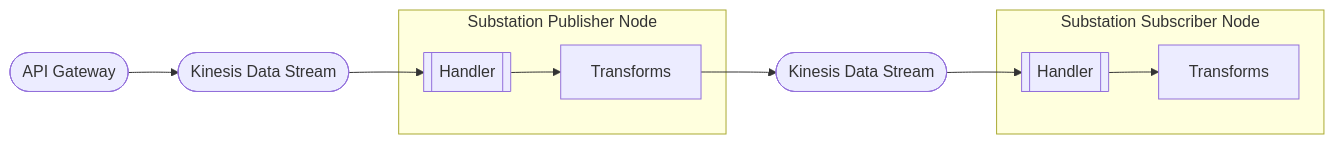
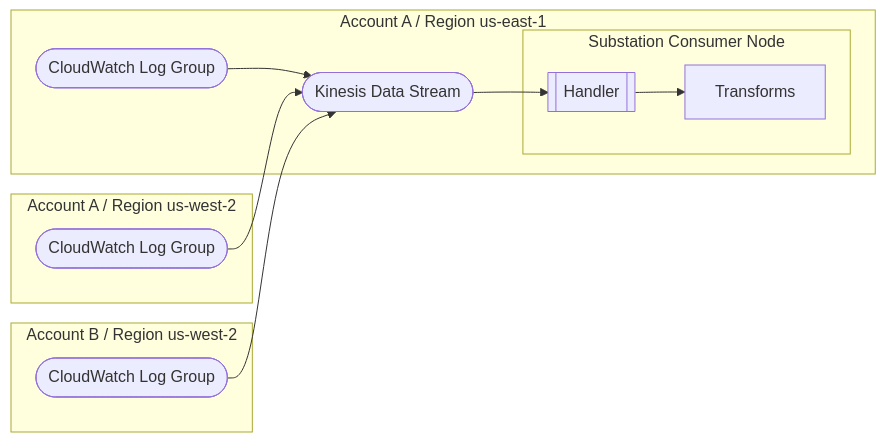
Before and after one commit to brexhq/substation: the fifth of 11 diagrams in examples/build/terraform/aws/README.md, drawn with Mermaid. The commit also changed other lines of this file and 21 other files, not shown here.

Commit message:
build(terraform): Add CloudWatch Modules

````diff
--- a/examples/build/terraform/aws/README.md
+++ b/examples/build/terraform/aws/README.md
@@ -59,26 +117,31 @@
 ```mermaid
 
 flowchart LR
     %% resources
-    gateway([API Gateway])
-    kds1([Kinesis Data Stream])
-    kds2([Kinesis Data Stream])
+    cw1([CloudWatch Log Group])
+    cw2([CloudWatch Log Group])
+    cw3([CloudWatch Log Group])
+    kds([Kinesis Data Stream])
 
-    publisherHandler[[Handler]]
-    publisherTransforms[Transforms]
+    consumerHandler[[Handler]]
+    consumerTransforms[Transforms]
 
-    subscriberHandler[[Handler]]
-    subscriberTransforms[Transforms]
-
-    %% connections
-    gateway --> kds1 --> publisherHandler
-    subgraph Substation Publisher Node 
-    publisherHandler --> publisherTransforms
+    subgraph Account B / Region us-west-2
+    cw2
     end
 
-    publisherTransforms --> kds2 --> subscriberHandler
+    subgraph Account A / Region us-west-2
+    cw3
+    end
 
-    subgraph Substation Subscriber Node 
-    subscriberHandler  --> subscriberTransforms
+    subgraph Account A / Region us-east-1
+    cw1 --> kds
+    cw3 --> kds
+    cw2 --> kds
+    kds --> consumerHandler
+
+    subgraph Substation Consumer Node 
+    consumerHandler  --> consumerTransforms
+    end
     end
 ```
````
